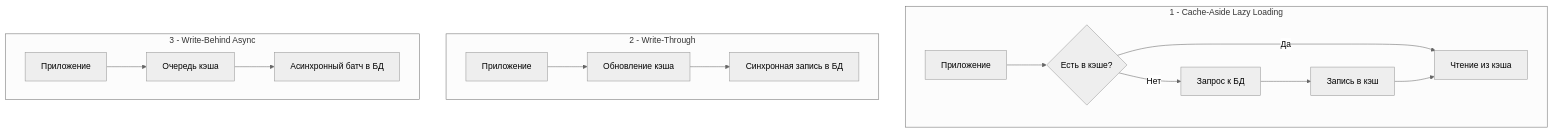
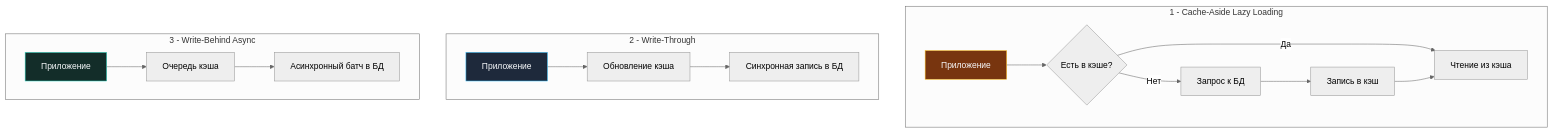
Before and after one commit to UnrealTemplier/go-textbook: the diagram in sources/12. Базы данных/10. Практика и архитектура/7. Кэширование поверх БД.md, drawn with Mermaid (neutral theme). The commit also changed 1666 other files, not shown here.

First line of the commit message:
feat(mermaid): add semantic color classDef to 1369 colorless flowchart/graph diagrams

````diff
--- a/sources/12. Базы данных/10. Практика и архитектура/7. Кэширование поверх БД.md
+++ b/sources/12. Базы данных/10. Практика и архитектура/7. Кэширование поверх БД.md
@@ -27,20 +27,30 @@
 ```mermaid
 flowchart TD
+    classDef process  fill:#1e293b,stroke:#38bdf8,stroke-width:1px,color:#f8fafc
+    classDef success  fill:#064e3b,stroke:#34d399,stroke-width:1px,color:#f8fafc
+    classDef error    fill:#7f1d1d,stroke:#f87171,stroke-width:1px,color:#f8fafc
+    classDef warning  fill:#78350f,stroke:#fbbf24,stroke-width:1px,color:#f8fafc
+    classDef entry    fill:#1e3a5f,stroke:#38bdf8,stroke-width:2px,color:#f8fafc
+    classDef aux      fill:#334155,stroke:#64748b,stroke-width:1px,color:#f8fafc
+    classDef system   fill:#312e81,stroke:#a78bfa,stroke-width:1px,color:#f8fafc
+    classDef data     fill:#132d29,stroke:#2dd4bf,stroke-width:1px,color:#f8fafc
+    classDef network  fill:#881337,stroke:#fb7185,stroke-width:1px,color:#f8fafc
+    classDef accent   fill:#1e1b4b,stroke:#818cf8,stroke-width:1px,color:#f8fafc
     subgraph CacheAside["1 - Cache-Aside Lazy Loading"]
-        App1["Приложение"] --> Check1{"Есть в кэше?"}
+        App1["Приложение"]:::warning --> Check1{"Есть в кэше?"}
         Check1 -- Да --> Ret1["Чтение из кэша"]
         Check1 -- Нет --> Load1["Запрос к БД"]
         Load1 --> Write1["Запись в кэш"]
         Write1 --> Ret1
     end
     
     subgraph WriteThrough["2 - Write-Through"]
-        App2["Приложение"] --> Update2["Обновление кэша"]
+        App2["Приложение"]:::process --> Update2["Обновление кэша"]
         Update2 --> Sync2["Синхронная запись в БД"]
     end
     
     subgraph WriteBehind["3 - Write-Behind Async"]
-        App3["Приложение"] --> Queue3["Очередь кэша"]
+        App3["Приложение"]:::data --> Queue3["Очередь кэша"]
         Queue3 --> Async3["Асинхронный батч в БД"]
     end
 ```
````
